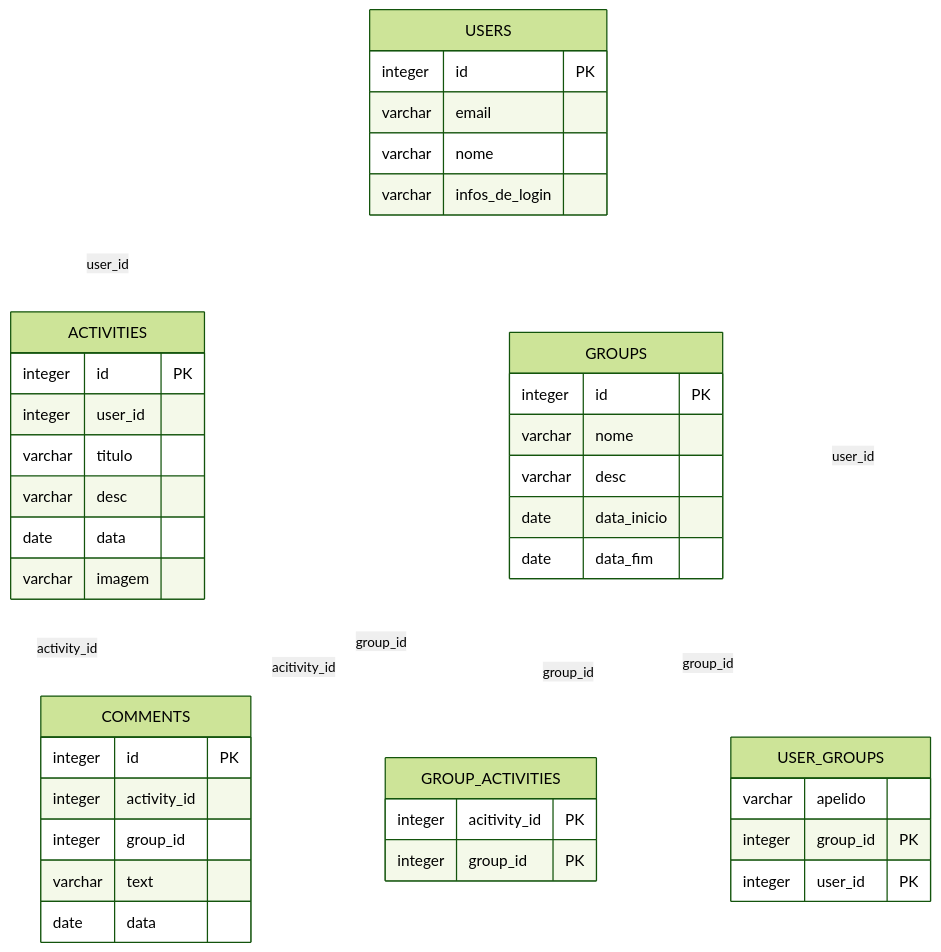
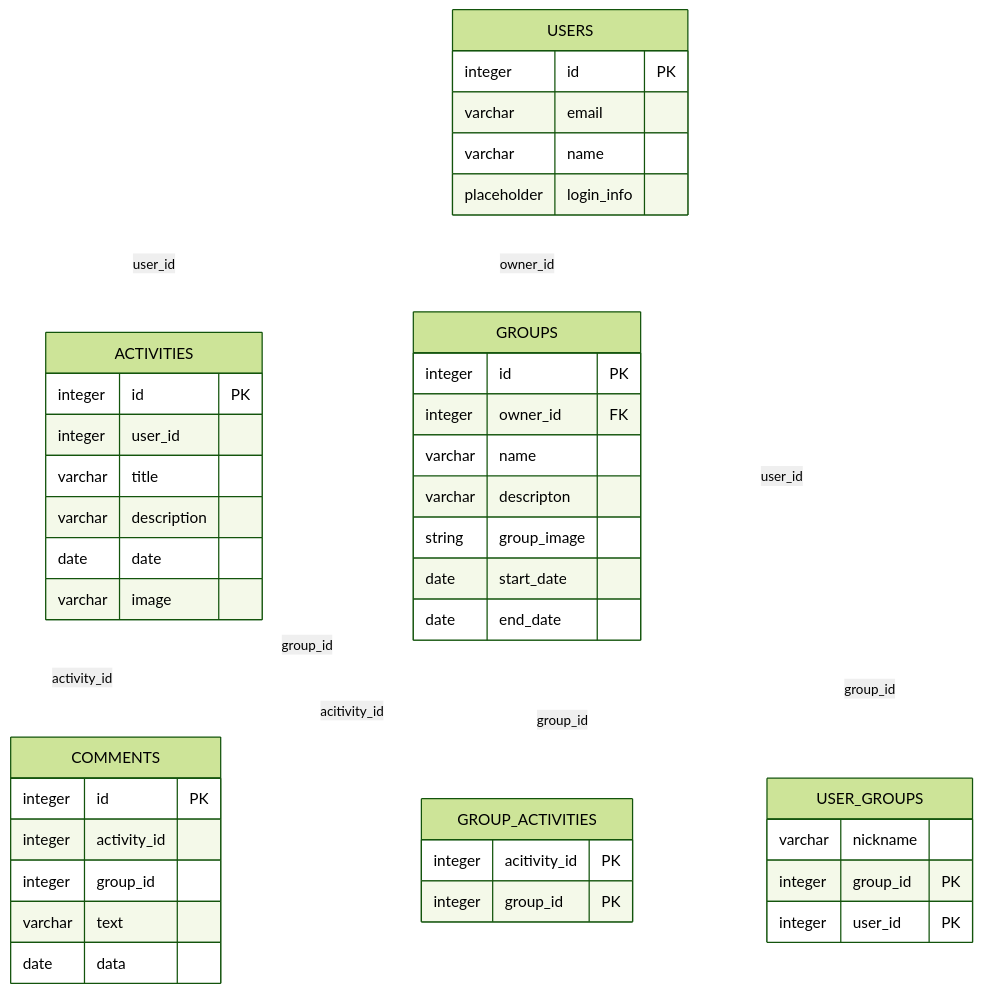
The first of 2 diagrams in README.md (A-codeck/codeck), drawn with Mermaid before and after one commit. The commit also changed other lines of this file, not shown here.

````diff
--- a/README.md
+++ b/README.md
@@ -8,60 +8,63 @@
 ```mermaid
 %%{init: {'theme': 'forest', 'themeVariables': {
     'primaryColor': '#ffcc00',
     'edgeLabelBackground':'#ffffff',
     'tertiaryColor': '#e0e0e0',
     'lineColor':'#ffffff'
 }}}%%
 
 erDiagram
     %% Tables Definition
     USERS {
       integer id PK
       varchar email
-      varchar nome
-      varchar infos_de_login
+      varchar name
+      placeholder login_info
     }
     ACTIVITIES {
       integer id PK
       integer user_id
-      varchar titulo
-      varchar desc
-      date data
-      varchar imagem
+      varchar title
+      varchar description
+      date date
+      varchar image
     }
     COMMENTS {
       integer id PK
       integer activity_id
       integer group_id
       varchar text
       date data
     }
     GROUPS {
       integer id PK
-      varchar nome
-      varchar desc
-      date data_inicio
-      date data_fim
+      integer owner_id FK
+      varchar name
+      varchar descripton
+      string group_image
+      date start_date
+      date end_date
     }
     USER_GROUPS {
-      varchar apelido
+      varchar nickname
       integer group_id PK
       integer user_id PK
     }
     GROUP_ACTIVITIES {
       integer acitivity_id PK
       integer group_id PK
     }
 
     %% Relationships (Foreign Keys)
     USERS ||--o{ ACTIVITIES : user_id
     USERS ||--o{ USER_GROUPS : user_id
+    USERS ||--o{ GROUPS : owner_id
 
     ACTIVITIES ||--o{ COMMENTS : activity_id
     ACTIVITIES ||--o{ GROUP_ACTIVITIES : acitivity_id
 
     GROUPS ||--o{ COMMENTS : group_id
     GROUPS ||--o{ GROUP_ACTIVITIES : group_id
     GROUPS ||--o{ USER_GROUPS : group_id
 
 ```
````
